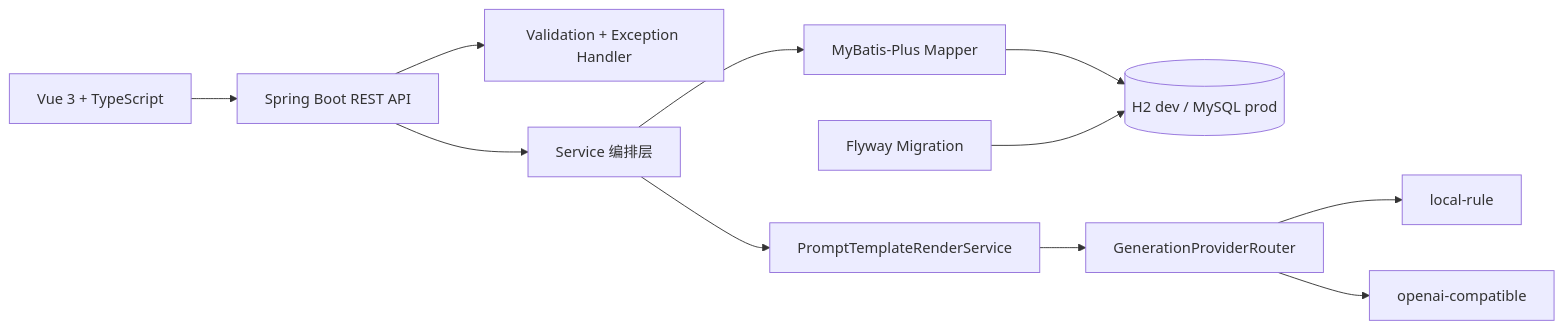
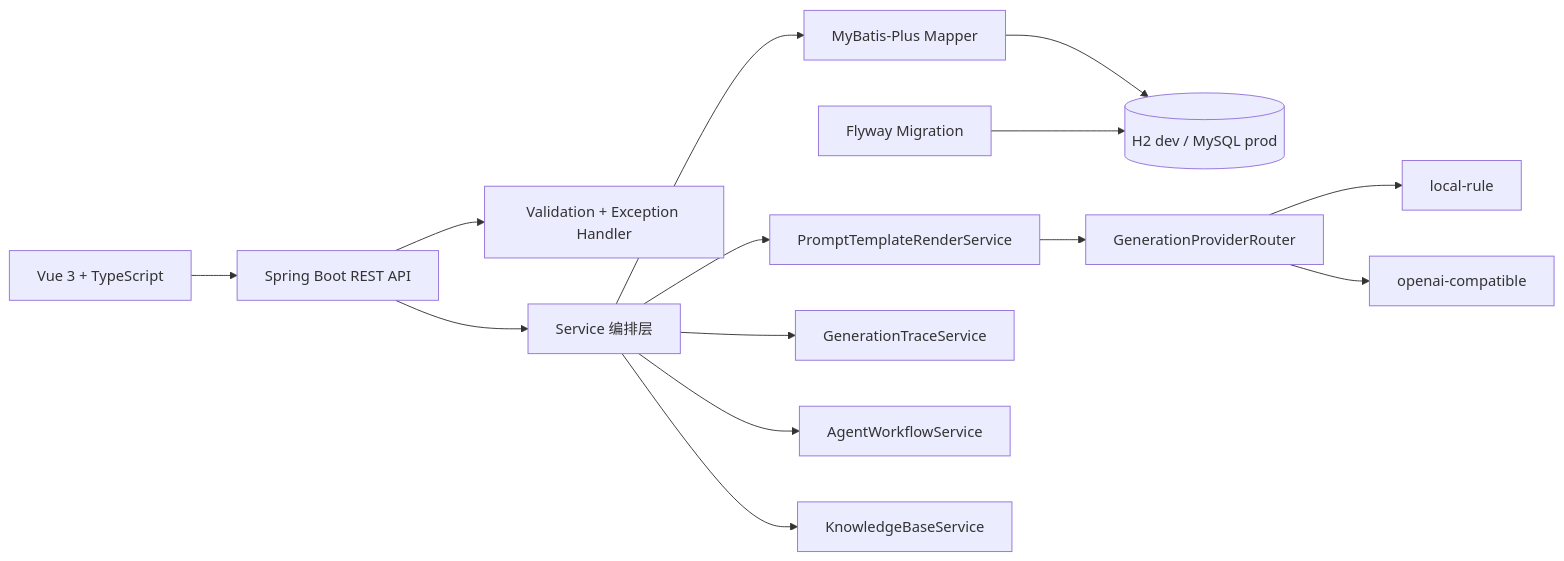
Before and after one commit to jameswilson87156-del/devflow-copilot: the first of 3 diagrams in docs/architecture.md, drawn with Mermaid. The commit also changed other lines of this file and 23 other files, not shown here.

````diff
--- a/docs/architecture.md
+++ b/docs/architecture.md
@@ -5,14 +5,17 @@
 ```mermaid
 flowchart LR
   FE["Vue 3 + TypeScript"] --> API["Spring Boot REST API"]
   API --> VALID["Validation + Exception Handler"]
   API --> SERVICE["Service 编排层"]
   SERVICE --> MAPPER["MyBatis-Plus Mapper"]
   MAPPER --> DB[("H2 dev / MySQL prod")]
   FLYWAY["Flyway Migration"] --> DB
 
   SERVICE --> RENDER["PromptTemplateRenderService"]
   RENDER --> ROUTER["GenerationProviderRouter"]
   ROUTER --> LOCAL["local-rule"]
   ROUTER --> OPENAI["openai-compatible"]
+  SERVICE --> TRACE["GenerationTraceService"]
+  SERVICE --> AGENT["AgentWorkflowService"]
+  SERVICE --> KB["KnowledgeBaseService"]
 ```
````
